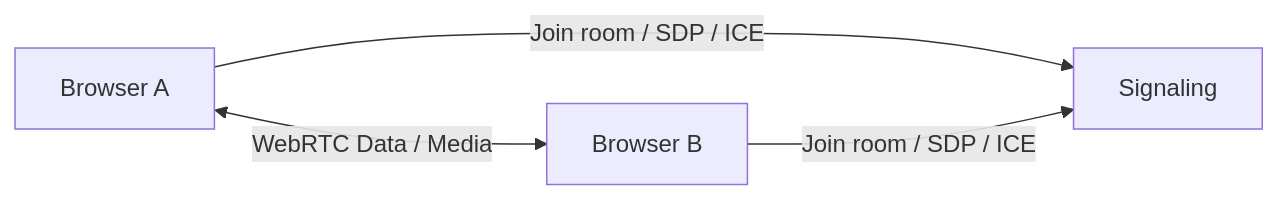
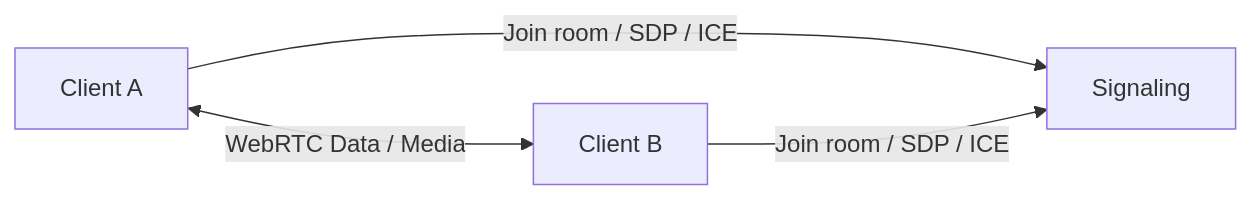
One commit to 99percentpeople/weblink changed the diagram in README.md. Above: the diagram before and after it, drawn with Mermaid. The commit also changed other lines of this file and 12 other files, not shown here.

````diff
--- a/README.md
+++ b/README.md
@@ -80,7 +150,7 @@
 ```mermaid
 flowchart LR
-    A[Browser A] -->|Join room / SDP / ICE| S[Signaling]
-    B[Browser B] -->|Join room / SDP / ICE| S
+    A[Client A] -->|Join room / SDP / ICE| S[Signaling]
+    B[Client B] -->|Join room / SDP / ICE| S
 
     A <-->|WebRTC Data / Media| B
 ```
````
